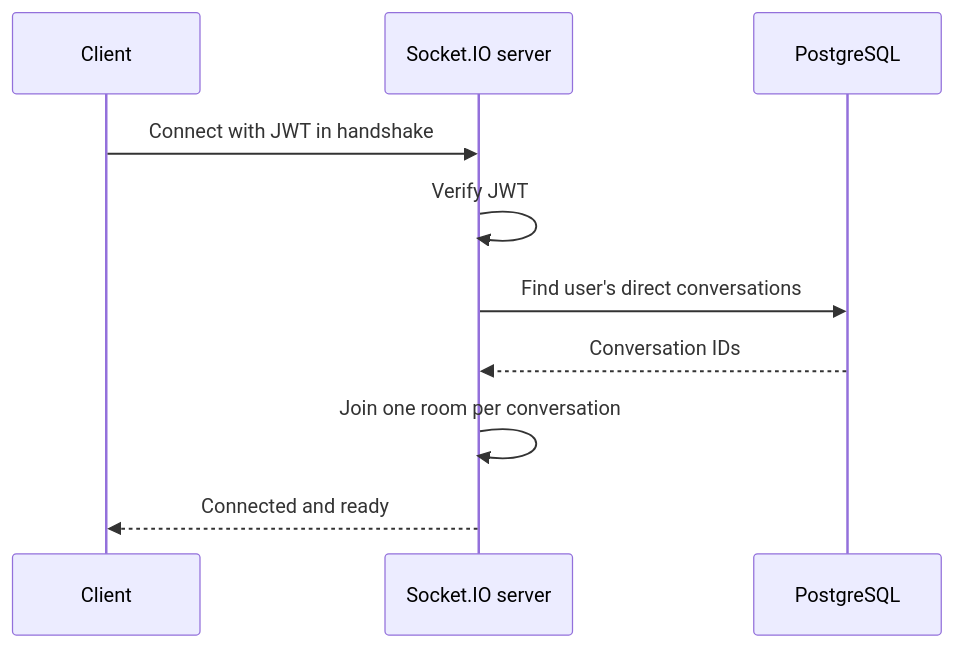
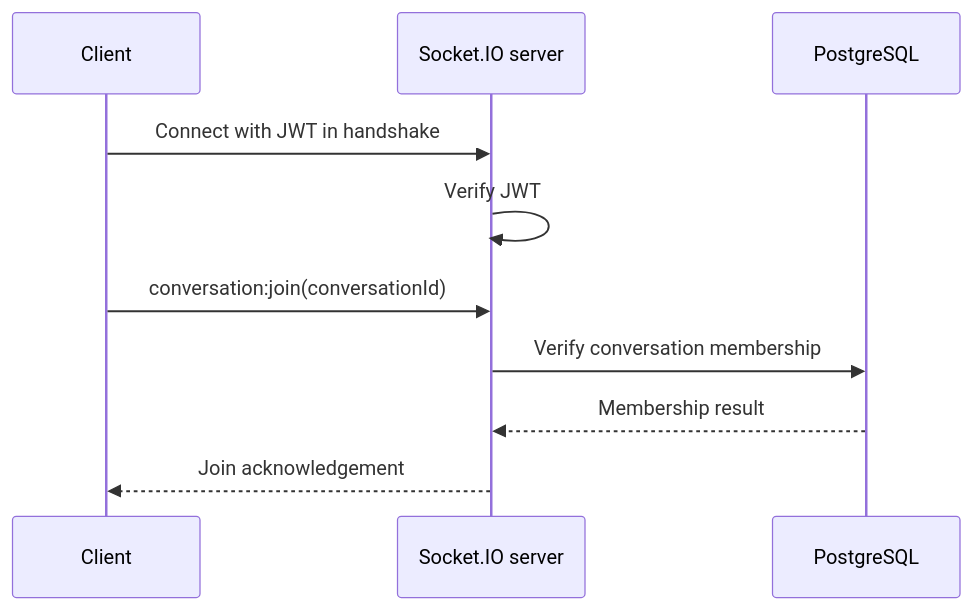
Before and after one commit to ShreeshCS/Teco: the first of 2 diagrams in docs/socket.md, drawn with Mermaid. The commit also changed other lines of this file and 41 other files, not shown here.

````diff
--- a/docs/socket.md
+++ b/docs/socket.md
@@ -11,13 +9,13 @@
 ```mermaid
 sequenceDiagram
     participant C as Client
     participant S as Socket.IO server
     participant D as PostgreSQL
 
     C->>S: Connect with JWT in handshake
     S->>S: Verify JWT
-    S->>D: Find user's direct conversations
-    D-->>S: Conversation IDs
-    S->>S: Join one room per conversation
-    S-->>C: Connected and ready
+    C->>S: conversation:join(conversationId)
+    S->>D: Verify conversation membership
+    D-->>S: Membership result
+    S-->>C: Join acknowledgement
 ```
````
